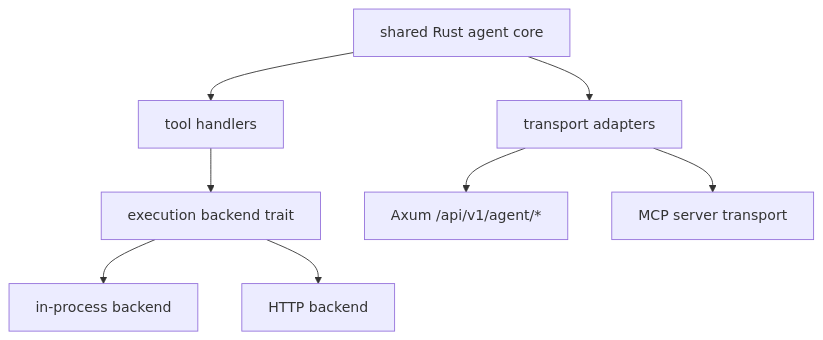
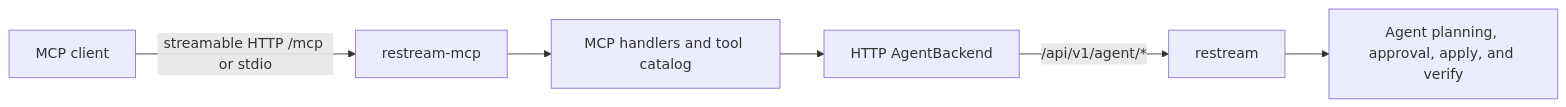
One commit to krsna1729/restream changed the diagram in docs/mcp-rust-architecture.md. Above: the diagram before and after it, drawn with Mermaid. The commit also changed other lines of this file and 13 other files, not shown here.

````diff
--- a/docs/mcp-rust-architecture.md
+++ b/docs/mcp-rust-architecture.md
@@ -41,11 +19,8 @@
 ```mermaid
-flowchart TD
-    Core["shared Rust agent core"] --> Handlers["tool handlers"]
-    Handlers --> Backend["execution backend trait"]
-    Backend --> InProcess["in-process backend"]
-    Backend --> Http["HTTP backend"]
-
-    Core --> Transports["transport adapters"]
-    Transports --> Axum["Axum /api/v1/agent/*"]
-    Transports --> Mcp["MCP server transport"]
+flowchart LR
+    Client["MCP client"] -->|"streamable HTTP /mcp or stdio"| Sidecar["restream-mcp"]
+    Sidecar --> Catalog["MCP handlers and tool catalog"]
+    Catalog --> Backend["HTTP AgentBackend"]
+    Backend -->|"/api/v1/agent/*"| Server["restream"]
+    Server --> Core["Agent planning, approval, apply, and verify"]
 ```
````
